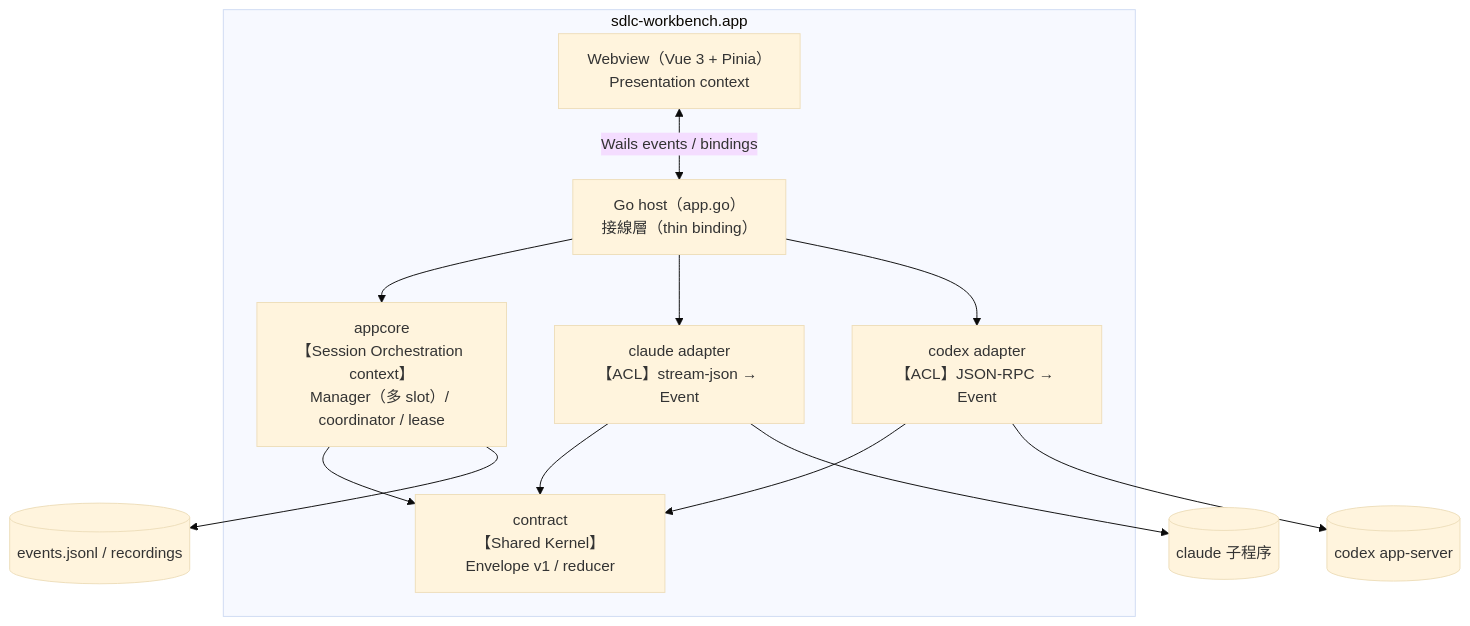
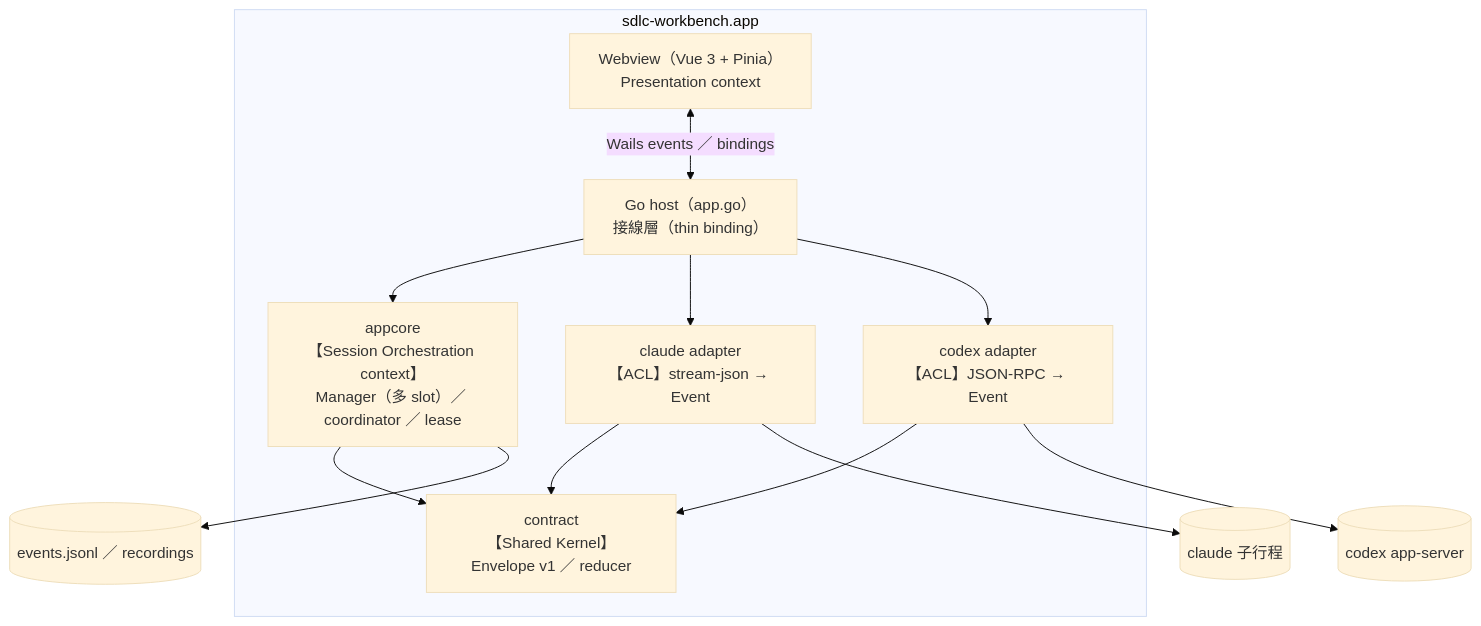
Before and after one commit to slam0504/ai-software-engineering: the first of 2 diagrams in README.md, drawn with Mermaid (base theme). The commit also changed other lines of this file, not shown here.

````diff
--- a/README.md
+++ b/README.md
@@ -162,22 +194,22 @@
 ```mermaid
 flowchart TB
   subgraph app["sdlc-workbench.app"]
     ui["Webview（Vue 3 + Pinia）<br/>Presentation context"]
     host["Go host（app.go）<br/>接線層（thin binding）"]
-    core["appcore<br/>【Session Orchestration context】<br/>Manager（多 slot）/ coordinator / lease"]
-    contract["contract<br/>【Shared Kernel】Envelope v1 / reducer"]
+    core["appcore<br/>【Session Orchestration context】<br/>Manager（多 slot）／ coordinator ／ lease"]
+    contract["contract<br/>【Shared Kernel】Envelope v1 ／ reducer"]
     ca["claude adapter<br/>【ACL】stream-json → Event"]
     xa["codex adapter<br/>【ACL】JSON-RPC → Event"]
   end
-  cli1[("claude 子程序")]
+  cli1[("claude 子行程")]
   cli2[("codex app-server")]
-  sink[("events.jsonl / recordings")]
-  ui <-->|"Wails events / bindings"| host
+  sink[("events.jsonl ／ recordings")]
+  ui <-->|"Wails events ／ bindings"| host
   host --> core
   core --> contract
   ca --> contract
   xa --> contract
   host --> ca --> cli1
   host --> xa --> cli2
   core --> sink
 ```
````
